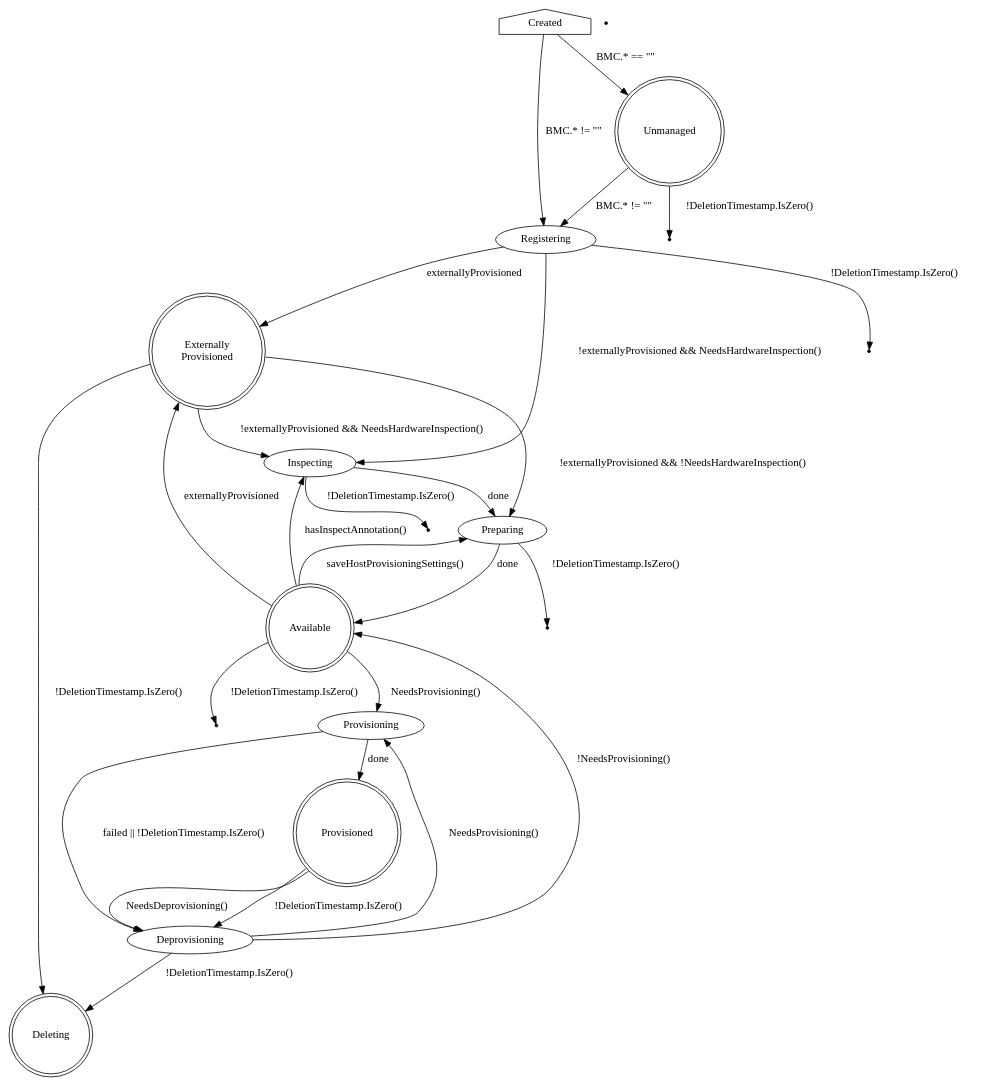
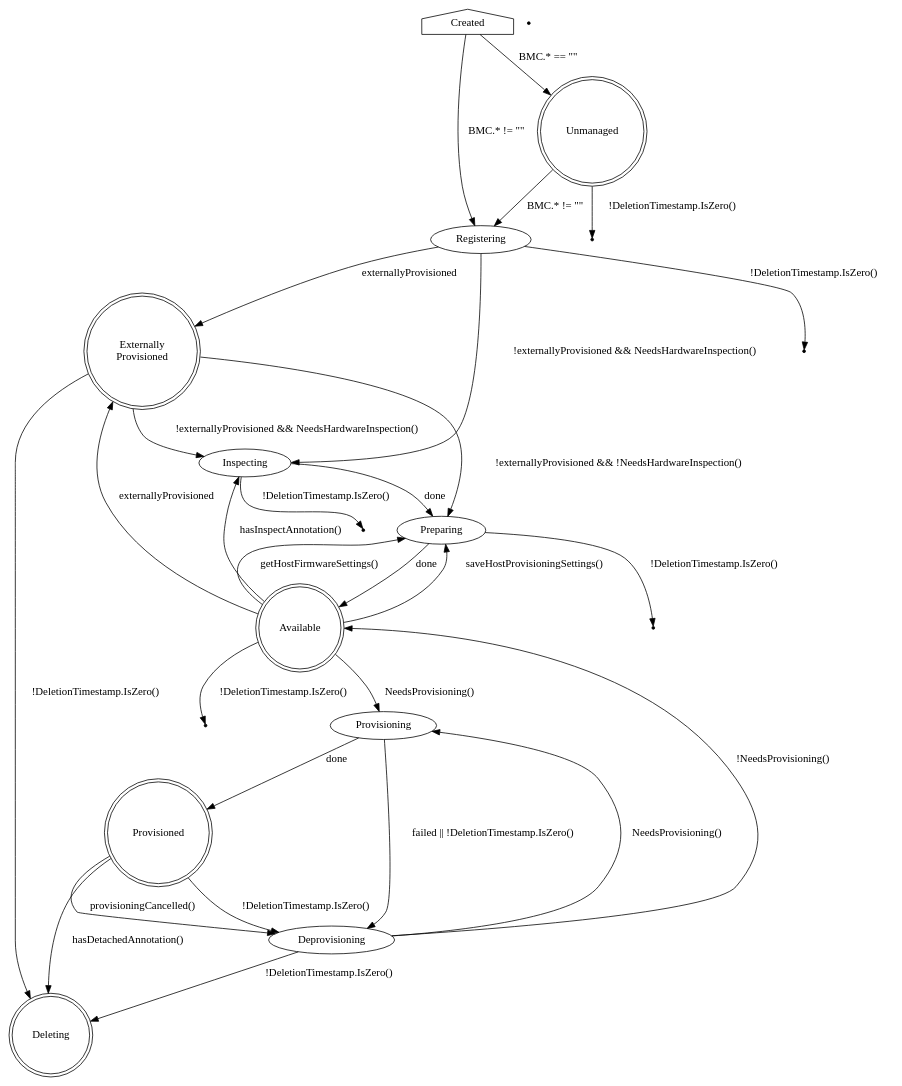
The diagram in docs/BaremetalHost_ProvisioningState.dot (metal3-io/baremetal-operator), drawn with Graphviz before and after one commit. The commit also changed 1 other file, not shown here.

Commit message:
Fix outdated BaremetaHost state diagram

```diff
--- a/docs/BaremetalHost_ProvisioningState.dot
+++ b/docs/BaremetalHost_ProvisioningState.dot
@@ -1,59 +1,61 @@
 digraph BaremetalHost {
     Created [shape=house]
     Created -> Unmanaged [label="BMC.* == \"\""]
     Created -> Registering [label="BMC.* != \"\""]
 
     Unmanaged [shape=doublecircle]
     Unmanaged -> Registering [label="BMC.* != \"\""]
     Unmanaged -> Deleting1 [label="!DeletionTimestamp.IsZero()"]
 
     Deleting1 [shape=point]
 
     ExternallyProvisioned [label="Externally\nProvisioned"]
 
     Registering -> Inspecting [label="!externallyProvisioned && NeedsHardwareInspection()"]
     Registering -> ExternallyProvisioned [label="externallyProvisioned"]
     Registering -> Deleting2 [label="!DeletionTimestamp.IsZero()"]
 
     Deleting2 [shape=point]
 
     ExternallyProvisioned -> Inspecting [label="!externallyProvisioned && NeedsHardwareInspection()"]
     ExternallyProvisioned -> Preparing [label="!externallyProvisioned && !NeedsHardwareInspection()"]
     Available -> ExternallyProvisioned [label="externallyProvisioned"]
 
     Inspecting -> Preparing [label="done"]
     Inspecting -> Deleting3 [label="!DeletionTimestamp.IsZero()"]
 
     Deleting3 [shape=point]
 
     Deleting5 [shape=point]
 
     Preparing -> Available [label="done"]
     Preparing -> Deleting6 [label="!DeletionTimestamp.IsZero()"]
 
     Deleting6 [shape=point]
 
     Available [shape=doublecircle]
     Available -> Provisioning [label="NeedsProvisioning()"]
     Available -> Preparing [label="saveHostProvisioningSettings()"]
+    Available -> Preparing [label="getHostFirmwareSettings()"]
     Available -> Deleting7 [label="!DeletionTimestamp.IsZero()"]
     Available -> Inspecting [label="hasInspectAnnotation()"]
 
     Deleting7 [shape=point]
 
     Provisioning -> Provisioned [label=done]
     Provisioning -> Deprovisioning [label="failed || !DeletionTimestamp.IsZero()"]
 
     Provisioned [shape=doublecircle]
-    Provisioned -> Deprovisioning [label="NeedsDeprovisioning()"]
+    Provisioned -> Deprovisioning [label="provisioningCancelled()"]
     Provisioned -> Deprovisioning [label="!DeletionTimestamp.IsZero()"]
+    Provisioned -> Deleting [label="hasDetachedAnnotation()"]
 
     ExternallyProvisioned [shape=doublecircle]
     ExternallyProvisioned -> Deleting [label="!DeletionTimestamp.IsZero()"]
 
     Deprovisioning -> Provisioning [label="NeedsProvisioning()"]
     Deprovisioning -> Available [label="!NeedsProvisioning()"]
     Deprovisioning -> Deleting [label="!DeletionTimestamp.IsZero()"]
 
     Deleting [shape=doublecircle]
 }
```
